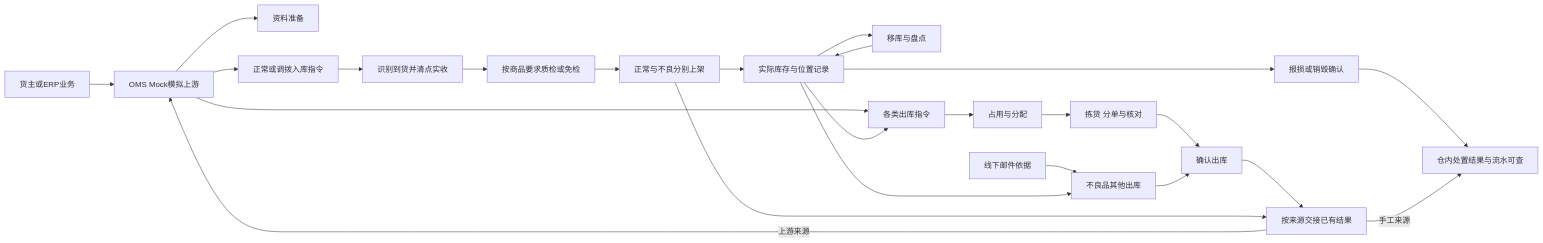
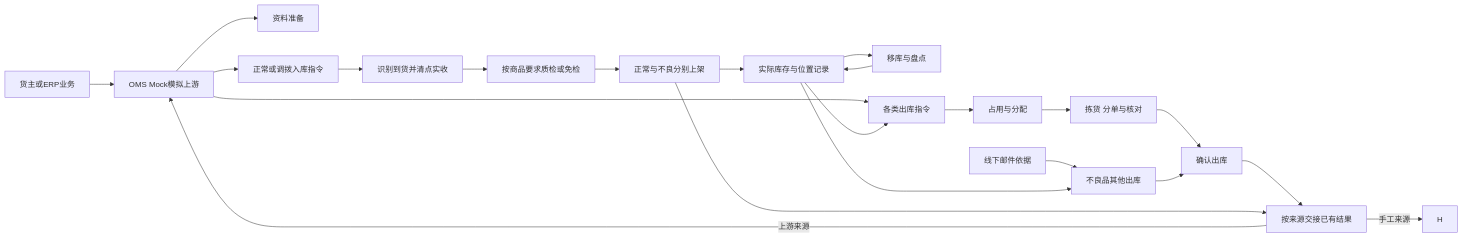
Before and after one commit to TopVitamin/QS-WMS-Project: the diagram in 04-业务分析和设计/00-业务蓝图.md, drawn with Mermaid. The commit also changed other lines of this file and 63 other files, not shown here.

````diff
--- a/04-业务分析和设计/00-业务蓝图.md
+++ b/04-业务分析和设计/00-业务蓝图.md
@@ -67,26 +67,24 @@
 ```mermaid
 flowchart LR
     U[货主或ERP业务] --> M[OMS Mock模拟上游]
     M --> P[资料准备]
     M --> I[正常或调拨入库指令]
     I --> R[识别到货并清点实收]
     R --> Q[按商品要求质检或免检]
     Q --> S[正常与不良分别上架]
     S --> K[实际库存与位置记录]
     K --> N[移库与盘点]
     N --> K
     M --> O[各类出库指令]
     E[线下邮件依据] --> D[不良品其他出库]
     K --> O
     O --> A[占用与分配]
     A --> B[拣货 分单与核对]
     B --> C[确认出库]
     K --> D
     D --> C
-    K --> X[报损或销毁确认]
     C --> F[按来源交接已有结果]
-    X --> H[仓内处置结果与流水可查]
     S --> F
     F -->|上游来源| M
     F -->|手工来源| H
 ```
````
